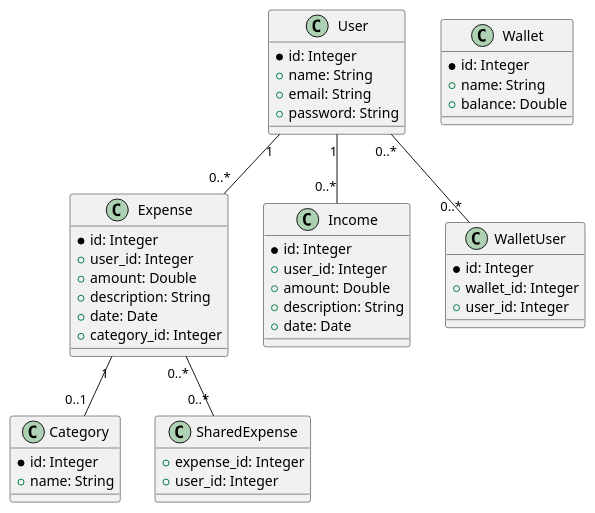
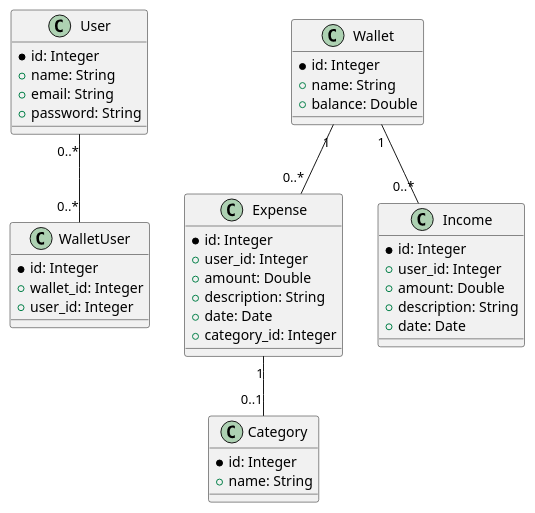
The diagram in database-schema.plantuml (janseealves/juli-app), drawn with PlantUML before and after one commit. The commit also changed 6 other files, not shown here.

```diff
--- a/database-schema.plantuml
+++ b/database-schema.plantuml
@@ -1,56 +1,49 @@
 @startuml juli
 
 class User {
     *id: Integer
     +name: String
     +email: String
     +password: String
 }
 
 class Category {
     *id: Integer
     +name: String
 }
 
 class Expense {
     *id: Integer
     +user_id: Integer 
     +amount: Double
     +description: String
     +date: Date
     +category_id: Integer
 }
 
 class Income {
     *id: Integer
     +user_id: Integer
     +amount: Double
     +description: String
     +date: Date
 }
 
 class Wallet {
     *id: Integer
     +name: String
     +balance: Double
 }
 
 class WalletUser {
     *id: Integer
     +wallet_id: Integer
     +user_id: Integer
 }
 
-class SharedExpense {
-    +expense_id: Integer
-    +user_id: Integer
-}
-
-User "1" -- "0..*" Expense
-User "1" -- "0..*" Income
+Wallet "1" -- "0..*" Expense
+Wallet "1" -- "0..*" Income
 User "0..*" -- "0..*" WalletUser
 Expense "1" -- "0..1" Category
-Expense "0..*" -- "0..*" SharedExpense
-
 
 @enduml
```
